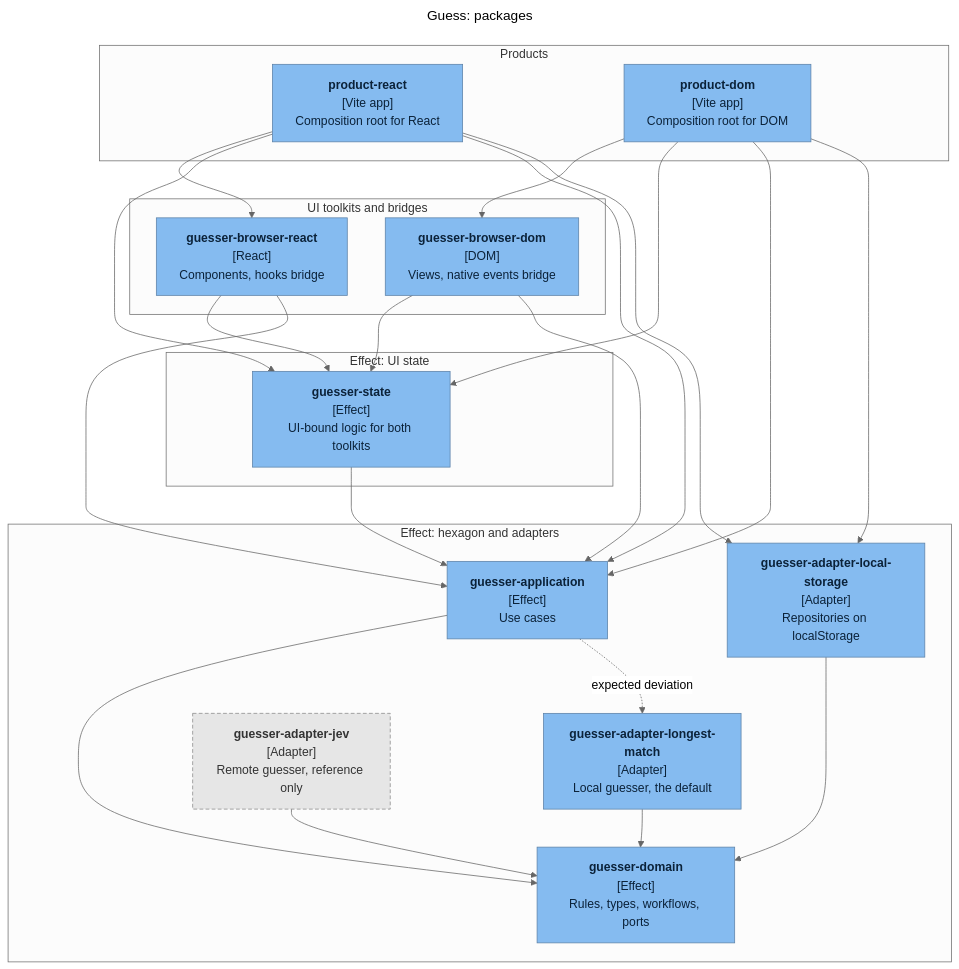
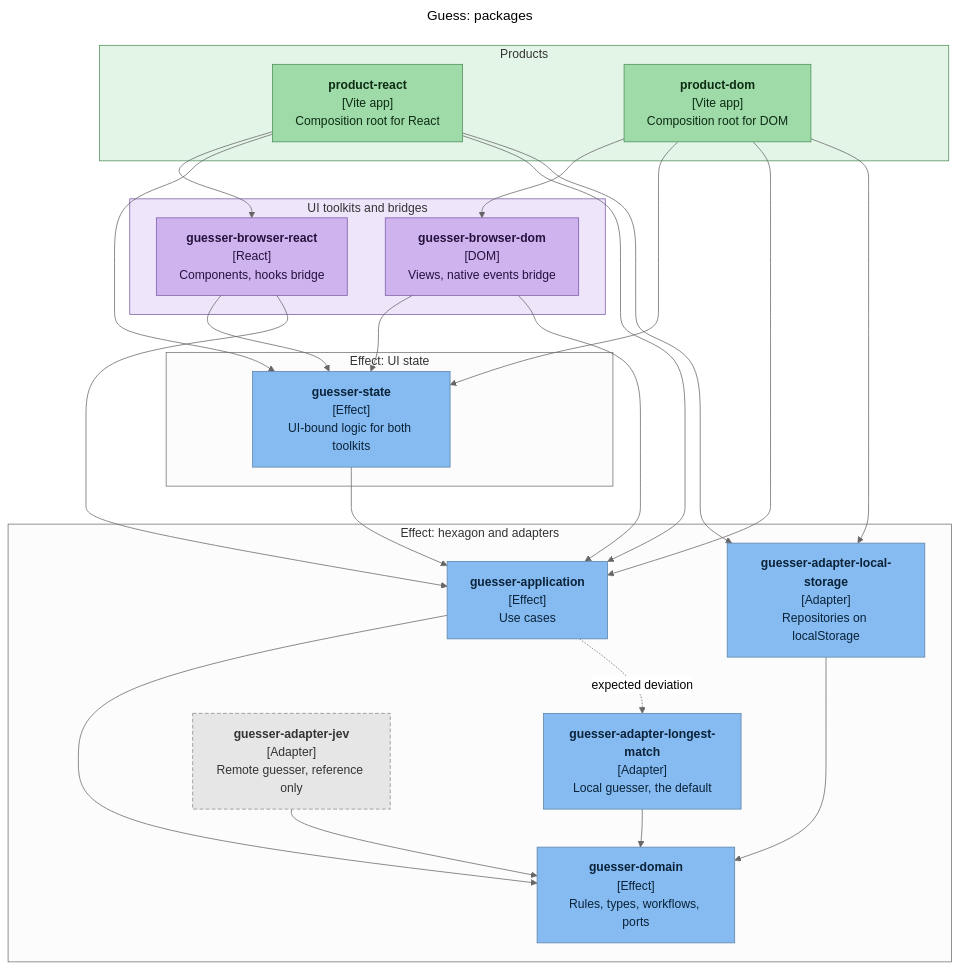
The third of 3 diagrams in README.md (s4ysolutions/guesser-ts-effect), drawn with Mermaid (neutral theme) before and after one commit.

Commit message:
docs: colour products and UI toolkits in the package diagram

````diff
--- a/README.md
+++ b/README.md
@@ -111,51 +111,57 @@
 ```mermaid
 ---
 title: "Guess: packages"
 ---
 flowchart TB
   subgraph products["Products"]
     productReact["<b>product-react</b><br/>[Vite app]<br/>Composition root for React"]
     productDom["<b>product-dom</b><br/>[Vite app]<br/>Composition root for DOM"]
   end
 
   subgraph toolkits["UI toolkits and bridges"]
     browserReact["<b>guesser-browser-react</b><br/>[React]<br/>Components, hooks bridge"]
     browserDom["<b>guesser-browser-dom</b><br/>[DOM]<br/>Views, native events bridge"]
   end
 
   subgraph uiState["Effect: UI state"]
     state["<b>guesser-state</b><br/>[Effect]<br/>UI-bound logic for both toolkits"]
   end
 
   subgraph logic["Effect: hexagon and adapters"]
     application["<b>guesser-application</b><br/>[Effect]<br/>Use cases"]
     storageAdapter["<b>guesser-adapter-local-storage</b><br/>[Adapter]<br/>Repositories on localStorage"]
     longestMatch["<b>guesser-adapter-longest-match</b><br/>[Adapter]<br/>Local guesser, the default"]
     jevAdapter["<b>guesser-adapter-jev</b><br/>[Adapter]<br/>Remote guesser, reference only"]
     domain["<b>guesser-domain</b><br/>[Effect]<br/>Rules, types, workflows, ports"]
   end
 
   productReact --> browserReact
   productReact --> state
   productReact --> application
   productReact --> storageAdapter
   productDom --> browserDom
   productDom --> state
   productDom --> application
   productDom --> storageAdapter
   browserReact --> state
   browserReact --> application
   browserDom --> state
   browserDom --> application
   state --> application
   application --> domain
   application -.->|expected deviation| longestMatch
   storageAdapter --> domain
   longestMatch --> domain
   jevAdapter --> domain
 
   classDef package fill:#85bbf0,stroke:#5d82a8,color:#0b2239
   classDef reference fill:#e6e6e6,stroke:#8a8a8a,color:#333333,stroke-dasharray:5 3
-  class productReact,productDom,browserReact,browserDom,state,application,storageAdapter,longestMatch,domain package
+  classDef product fill:#9fdba8,stroke:#4f8f5a,color:#0d2b14
+  classDef toolkit fill:#cfb3ee,stroke:#7a5aa6,color:#24123d
+  class state,application,storageAdapter,longestMatch,domain package
+  class productReact,productDom product
+  class browserReact,browserDom toolkit
   class jevAdapter reference
+  style products fill:#e3f5e6,stroke:#4f8f5a
+  style toolkits fill:#efe5fa,stroke:#7a5aa6
 ```
````
